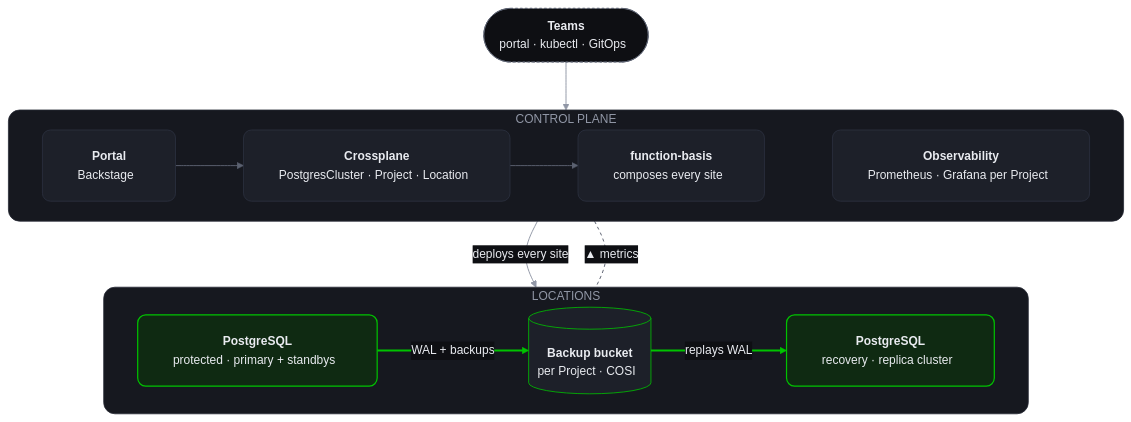
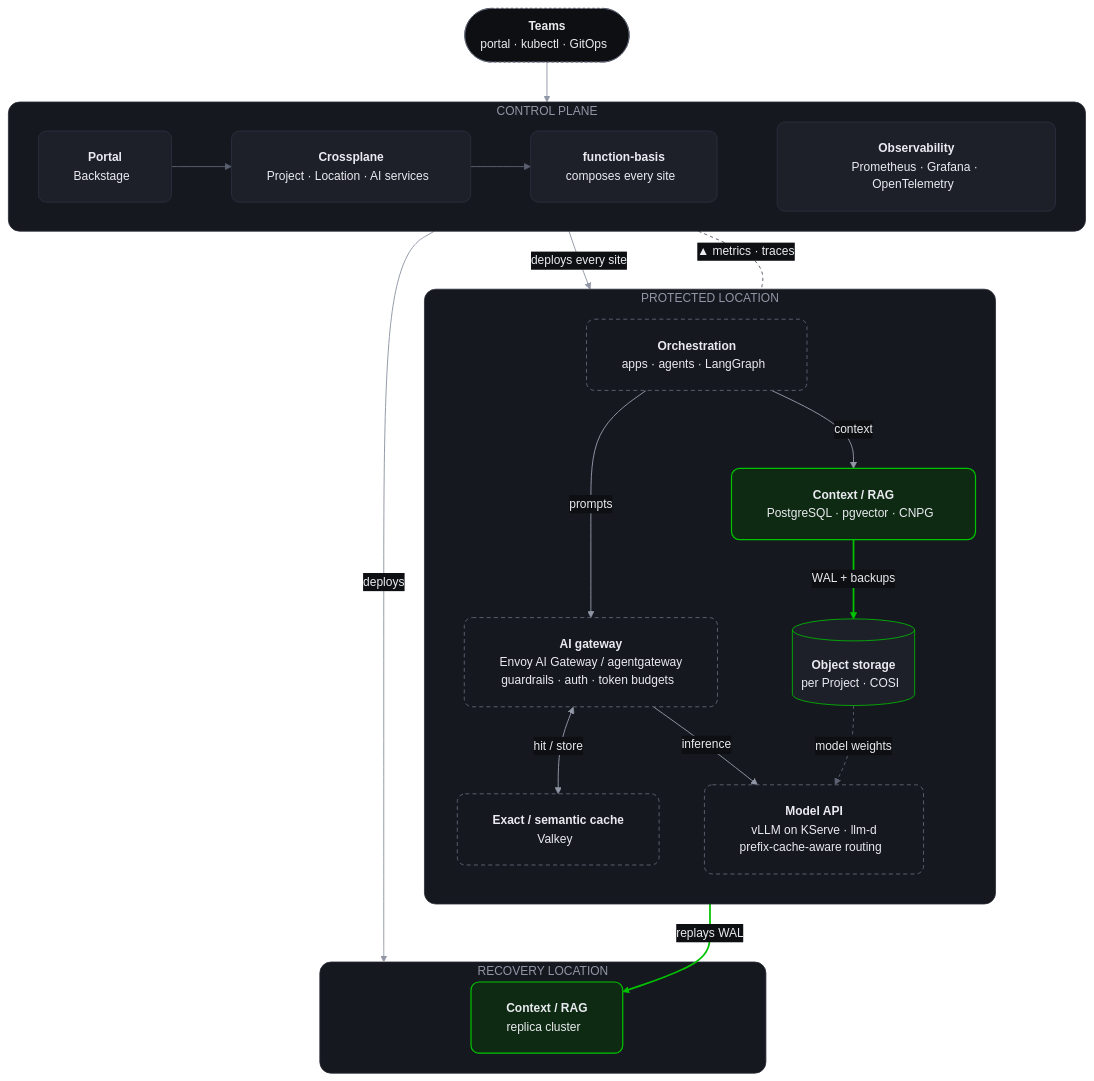
The diagram in portal/catalog/docs/diagrams/architecture.mmd (bartvanbenthem/basis-ai), drawn with Mermaid before and after one commit. The commit also changed 2 other files, not shown here.

```diff
--- a/portal/catalog/docs/diagrams/architecture.mmd
+++ b/portal/catalog/docs/diagrams/architecture.mmd
@@ -1,62 +1,80 @@
 %%{init: {
   "theme": "base",
   "themeVariables": {
     "fontFamily": "DejaVu Sans, Verdana, sans-serif",
     "fontSize": "15px",
     "background": "#0e0f13",
     "primaryColor": "#1d2029",
     "primaryTextColor": "#e9ebf0",
     "primaryBorderColor": "#2d3240",
     "secondaryColor": "#16181f",
     "tertiaryColor": "#16181f",
     "lineColor": "#5b6170",
     "textColor": "#9197a6",
     "clusterBkg": "#16181f",
     "clusterBorder": "#272a35",
     "titleColor": "#9197a6",
     "edgeLabelBackground": "#0e0f13"
   },
-  "flowchart": { "curve": "basis", "padding": 22, "nodeSpacing": 30, "rankSpacing": 60, "diagramPadding": 28, "htmlLabels": true, "wrappingWidth": 260 }
+  "flowchart": { "curve": "basis", "padding": 22, "nodeSpacing": 30, "rankSpacing": 50, "diagramPadding": 28, "htmlLabels": true, "wrappingWidth": 260 }
 }}%%
 flowchart TB
   team(["<b>Teams</b><br/><span style='color:#9197a6'>portal · kubectl · GitOps&nbsp;&nbsp;</span>"])
 
   subgraph cp["CONTROL PLANE"]
     direction LR
     portal["<b>Portal</b><br/><span style='color:#9197a6'>Backstage&nbsp;&nbsp;</span>"]
-    xr["<b>Crossplane</b><br/><span style='color:#9197a6'>PostgresCluster · Project · Location&nbsp;&nbsp;</span>"]
+    xr["<b>Crossplane</b><br/><span style='color:#9197a6'>Project · Location · AI services&nbsp;&nbsp;</span>"]
     fn["<b>function-basis</b><br/><span style='color:#9197a6'>composes every site&nbsp;&nbsp;</span>"]
-    obs["<b>Observability</b><br/><span style='color:#9197a6'>Prometheus · Grafana per Project&nbsp;&nbsp;</span>"]
+    obs["<b>Observability</b><br/><span style='color:#9197a6'>Prometheus · Grafana · OpenTelemetry&nbsp;&nbsp;</span>"]
     portal --> xr --> fn
     fn ~~~ obs
   end
 
-  subgraph loc["LOCATIONS"]
-    direction LR
-    pg1["<b>PostgreSQL</b><br/><span style='color:#9197a6'>protected · primary + standbys&nbsp;&nbsp;</span>"]
-    bucket[("<b>Backup bucket</b><br/><span style='color:#9197a6'>per Project · COSI&nbsp;&nbsp;</span>")]
-    pg2["<b>PostgreSQL</b><br/><span style='color:#9197a6'>recovery · replica cluster&nbsp;&nbsp;</span>"]
-    pg1 == "WAL + backups" ==> bucket
-    bucket == "replays WAL" ==> pg2
+  subgraph prot["PROTECTED LOCATION"]
+    direction TB
+    app["<b>Orchestration</b><br/><span style='color:#9197a6'>apps · agents · LangGraph&nbsp;&nbsp;</span>"]
+    gw["<b>AI gateway</b><br/><span style='color:#9197a6'>Envoy AI Gateway / agentgateway<br/>guardrails · auth · token budgets&nbsp;&nbsp;</span>"]
+    cache["<b>Exact / semantic cache</b><br/><span style='color:#9197a6'>Valkey&nbsp;&nbsp;</span>"]
+    models["<b>Model API</b><br/><span style='color:#9197a6'>vLLM on KServe · llm-d<br/>prefix-cache-aware routing&nbsp;&nbsp;</span>"]
+    rag["<b>Context / RAG</b><br/><span style='color:#9197a6'>PostgreSQL · pgvector · CNPG&nbsp;&nbsp;</span>"]
+    bucket[("<b>Object storage</b><br/><span style='color:#9197a6'>per Project · COSI&nbsp;&nbsp;</span>")]
+    app -- "prompts" --> gw
+    gw <-- "hit / store" --> cache
+    gw -- "inference" --> models
+    app -- "context" --> rag
+    rag == "WAL + backups" ==> bucket
+    bucket -. "model weights" .-> models
+  end
+
+  subgraph rec["RECOVERY LOCATION"]
+    pg2["<b>Context / RAG</b><br/><span style='color:#9197a6'>replica cluster&nbsp;&nbsp;</span>"]
   end
 
   team --> cp
-  cp -- "deploys every site" --> loc
-  cp <-.-|"▲ metrics"| loc
+  cp -- "deploys every site" --> prot
+  cp -- "deploys" --> rec
+  bucket == "replays WAL" ==> pg2
+  cp <-.-|"▲ metrics · traces"| prot
 
   classDef node fill:#1d2029,stroke:#2d3240,stroke-width:1px,color:#e9ebf0,rx:10,ry:10
-  classDef db fill:#0f2a12,stroke:#00c300,stroke-width:1.5px,color:#e9ebf0,rx:10,ry:10
+  classDef live fill:#0f2a12,stroke:#00c300,stroke-width:1.5px,color:#e9ebf0,rx:10,ry:10
   classDef store fill:#1d2029,stroke:#00c300,stroke-width:1px,color:#e9ebf0
+  classDef planned fill:#16181f,stroke:#5b6170,stroke-width:1.2px,color:#e9ebf0,stroke-dasharray:5 4,rx:10,ry:10
   classDef actor fill:#0e0f13,stroke:#5b6170,stroke-width:1px,color:#e9ebf0,stroke-dasharray:3 3
   class portal,xr,fn,obs node
-  class pg1,pg2 db
+  class rag,pg2 live
   class bucket store
+  class app,gw,cache,models planned
   class team actor
 
   style cp fill:#16181f,stroke:#272a35,stroke-width:1px,color:#9197a6,rx:14,ry:14
-  style loc fill:#16181f,stroke:#272a35,stroke-width:1px,color:#9197a6,rx:14,ry:14
+  style prot fill:#16181f,stroke:#272a35,stroke-width:1px,color:#9197a6,rx:14,ry:14
+  style rec fill:#16181f,stroke:#272a35,stroke-width:1px,color:#9197a6,rx:14,ry:14
 
   linkStyle 0,1 stroke:#5b6170,stroke-width:1.2px
-  linkStyle 3,4 stroke:#00c300,stroke-width:2.2px
-  linkStyle 5,6 stroke:#9197a6,stroke-width:1.2px
-  linkStyle 7 stroke:#5b6170,stroke-width:1.2px,stroke-dasharray:4 4
+  linkStyle 3,4,5,6 stroke:#9197a6,stroke-width:1.2px
+  linkStyle 7,12 stroke:#00c300,stroke-width:2.2px
+  linkStyle 8 stroke:#5b6170,stroke-width:1.2px,stroke-dasharray:4 4
+  linkStyle 9,10,11 stroke:#9197a6,stroke-width:1.2px
+  linkStyle 13 stroke:#5b6170,stroke-width:1.2px,stroke-dasharray:4 4
```
